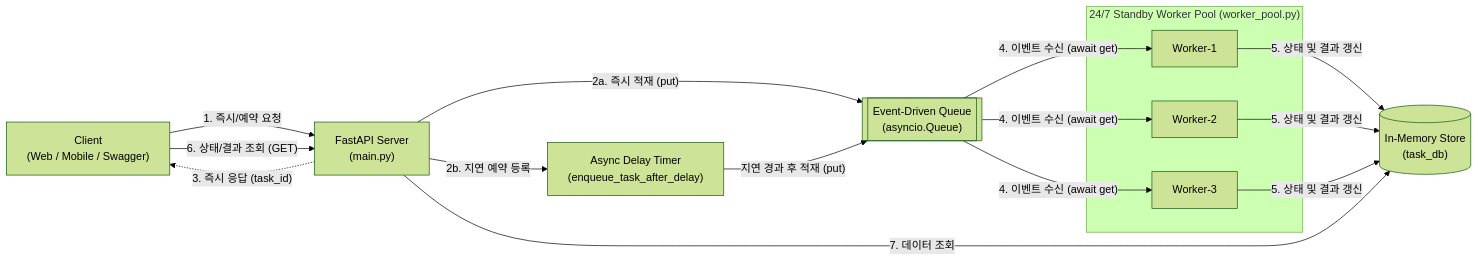
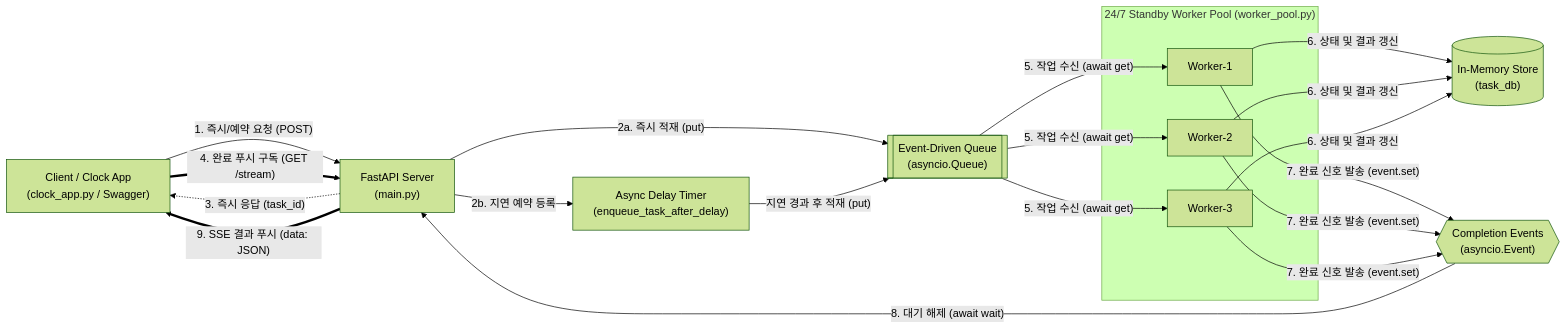
One commit to fall20style/async-standby-scheduler changed the first of 2 diagrams in ARCHITECTURE.md. Above: the diagram before and after it, drawn with Mermaid (forest theme). The commit also changed other lines of this file and 5 other files, not shown here.

First line of the commit message:
feat: implement zero-polling event-driven worker pool and SSE push scheduler

````diff
--- a/ARCHITECTURE.md
+++ b/ARCHITECTURE.md
@@ -22,25 +24,28 @@
 ```mermaid
 flowchart LR
-    Client["Client<br/>(Web / Mobile / Swagger)"]
+    Client["Client / Clock App<br/>(clock_app.py / Swagger)"]
     API["FastAPI Server<br/>(main.py)"]
     Timer["Async Delay Timer<br/>(enqueue_task_after_delay)"]
     Queue[["Event-Driven Queue<br/>(asyncio.Queue)"]]
+    Events{{"Completion Events<br/>(asyncio.Event)"}}
     Store[("In-Memory Store<br/>(task_db)")]
     
     subgraph Pool ["24/7 Standby Worker Pool (worker_pool.py)"]
         W1["Worker-1"]
         W2["Worker-2"]
         W3["Worker-3"]
     end
 
-    Client -- "1. 즉시/예약 요청" --> API
+    Client -- "1. 즉시/예약 요청 (POST)" --> API
     API -- "2a. 즉시 적재 (put)" --> Queue
     API -- "2b. 지연 예약 등록" --> Timer
     Timer -- "지연 경과 후 적재 (put)" --> Queue
     API -. "3. 즉시 응답 (task_id)" .-> Client
+    Client == "4. 완료 푸시 구독 (GET /stream)" ==> API
     
-    Queue -- "4. 이벤트 수신 (await get)" --> W1 & W2 & W3
-    W1 & W2 & W3 -- "5. 상태 및 결과 갱신" --> Store
-    Client -- "6. 상태/결과 조회 (GET)" --> API
-    API -- "7. 데이터 조회" --> Store
+    Queue -- "5. 작업 수신 (await get)" --> W1 & W2 & W3
+    W1 & W2 & W3 -- "6. 상태 및 결과 갱신" --> Store
+    W1 & W2 & W3 -- "7. 완료 신호 발송 (event.set)" --> Events
+    Events -- "8. 대기 해제 (await wait)" --> API
+    API == "9. SSE 결과 푸시 (data: JSON)" ==> Client
 ```
````
